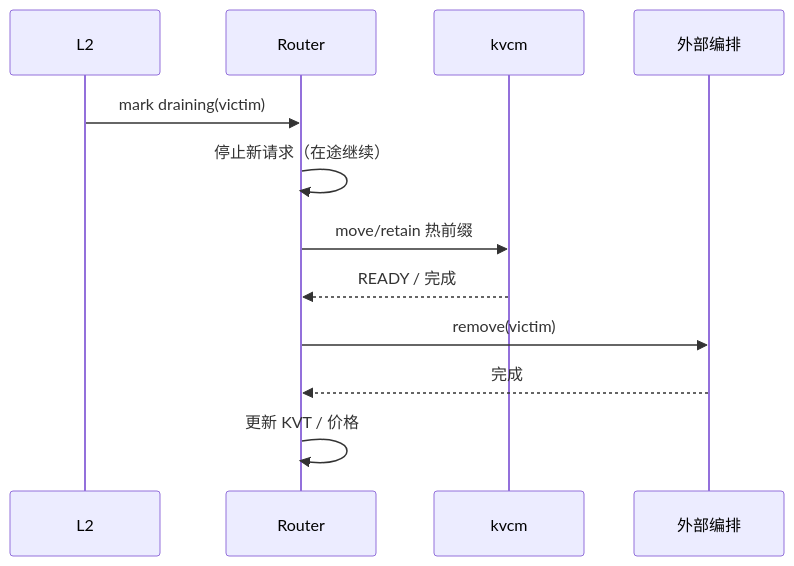
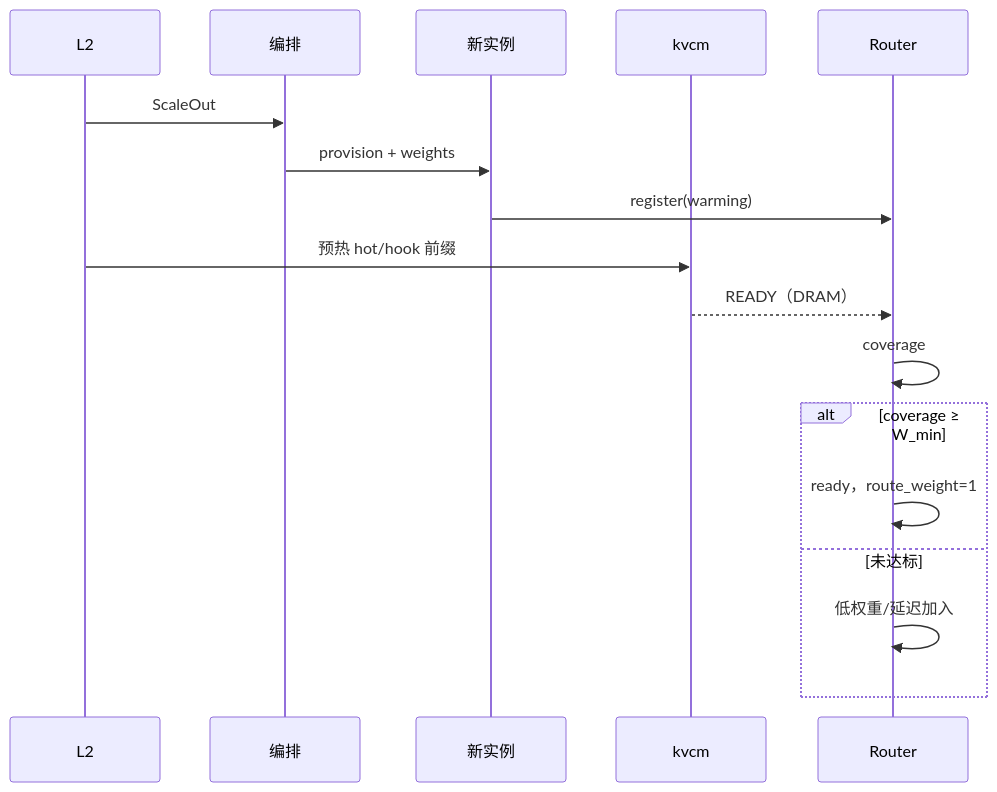
Before and after one commit to 5x8-40/lake: the tenth of 14 diagrams in kvcm/design/D8-joint-scheduling.md, drawn with Mermaid. The commit also changed other lines of this file and 5 other files, not shown here.

````diff
--- a/kvcm/design/D8-joint-scheduling.md
+++ b/kvcm/design/D8-joint-scheduling.md
@@ -851,15 +512,20 @@
 ```mermaid
 sequenceDiagram
     participant L2 as L2
+    participant O as 编排
+    participant N as 新实例
+    participant K as kvcm
     participant R as Router
-    participant K as kvcm
-    participant O as 外部编排
 
-    L2->>R: mark draining(victim)
-    R->>R: 停止新请求（在途继续）
-    R->>K: move/retain 热前缀
-    K-->>R: READY / 完成
-    R->>O: remove(victim)
-    O-->>R: 完成
-    R->>R: 更新 KVT / 价格
+    L2->>O: ScaleOut
+    O->>N: provision + weights
+    N->>R: register(warming)
+    L2->>K: 预热 hot/hook 前缀
+    K-->>R: READY（DRAM）
+    R->>R: coverage
+    alt coverage ≥ W_min
+        R->>R: ready，route_weight=1
+    else 未达标
+        R->>R: 低权重/延迟加入
+    end
 ```
````
